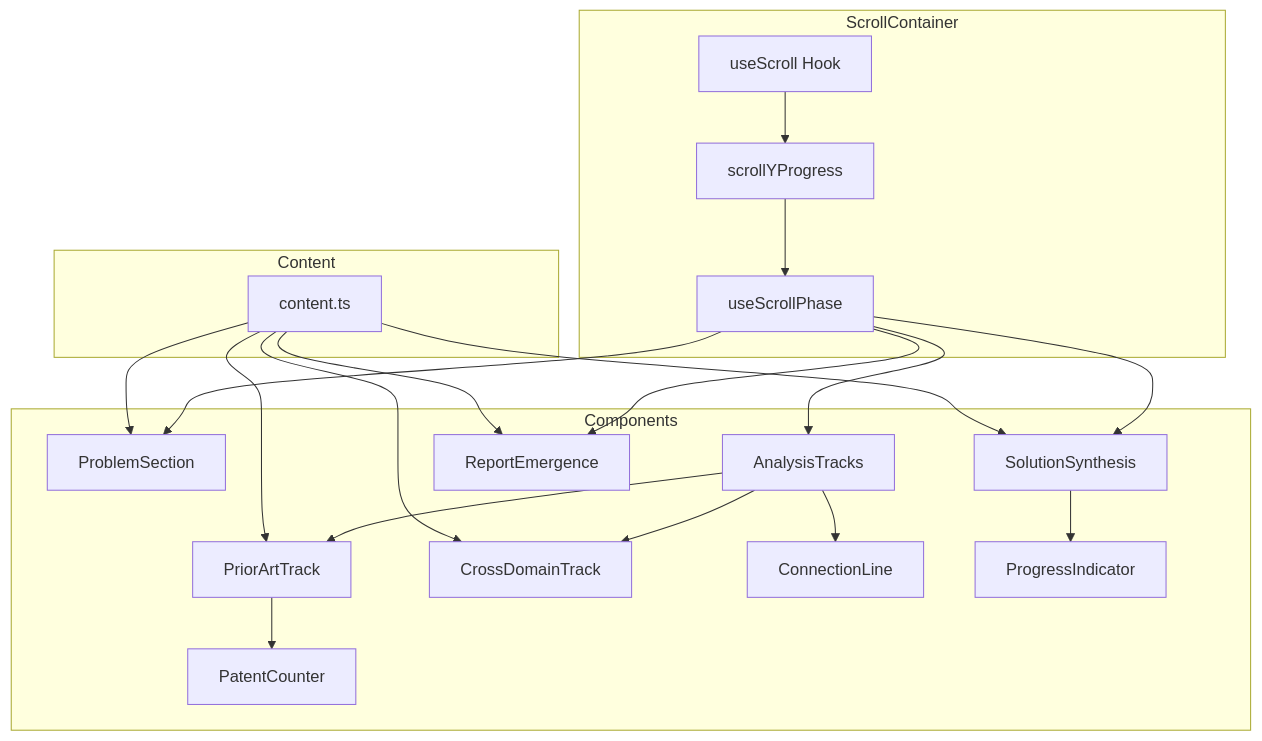
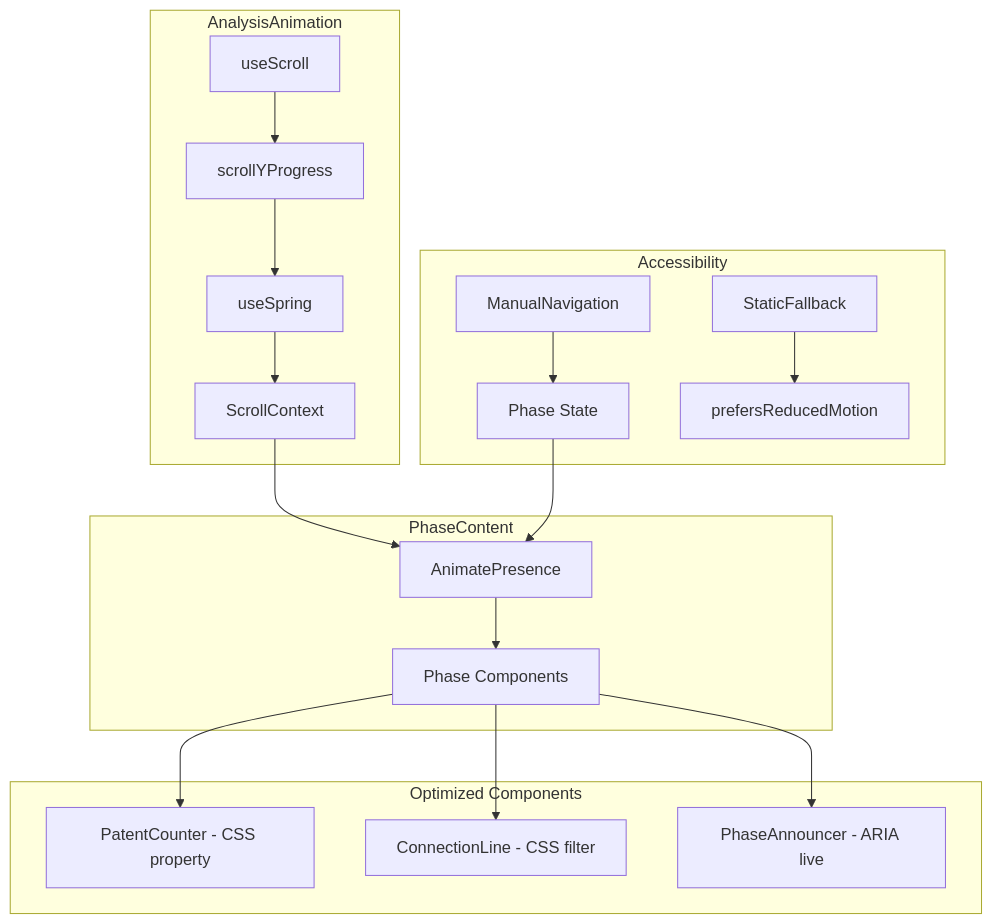
Before and after one commit to sparloai/sparlo-v2: the diagram in plans/sparlo-analysis-animation.md, drawn with Mermaid. The commit also changed other lines of this file and 9 other files, not shown here.

````diff
--- a/plans/sparlo-analysis-animation.md
+++ b/plans/sparlo-analysis-animation.md
@@ -680,29 +845,25 @@
 ```mermaid
 graph TD
-    subgraph ScrollContainer
-        A[useScroll Hook] --> B[scrollYProgress]
-        B --> C[useScrollPhase]
+    subgraph AnalysisAnimation
+        A[useScroll] --> B[scrollYProgress]
+        B --> C[useSpring]
+        C --> D[ScrollContext]
     end
 
-    subgraph Components
-        C --> D[ProblemSection]
-        C --> E[AnalysisTracks]
-        C --> F[SolutionSynthesis]
-        C --> G[ReportEmergence]
-
-        E --> H[PriorArtTrack]
-        E --> I[CrossDomainTrack]
-        E --> J[ConnectionLine]
-
-        H --> K[PatentCounter]
-        F --> L[ProgressIndicator]
+    subgraph PhaseContent
+        D --> E[AnimatePresence]
+        E --> F[Phase Components]
     end
 
-    subgraph Content
-        M[content.ts] --> D
-        M --> H
-        M --> I
-        M --> F
-        M --> G
+    subgraph Optimized Components
+        F --> G[PatentCounter - CSS property]
+        F --> H[ConnectionLine - CSS filter]
+        F --> I[PhaseAnnouncer - ARIA live]
+    end
+
+    subgraph Accessibility
+        J[ManualNavigation] --> K[Phase State]
+        K --> E
+        L[StaticFallback] --> M[prefersReducedMotion]
     end
 ```
````
